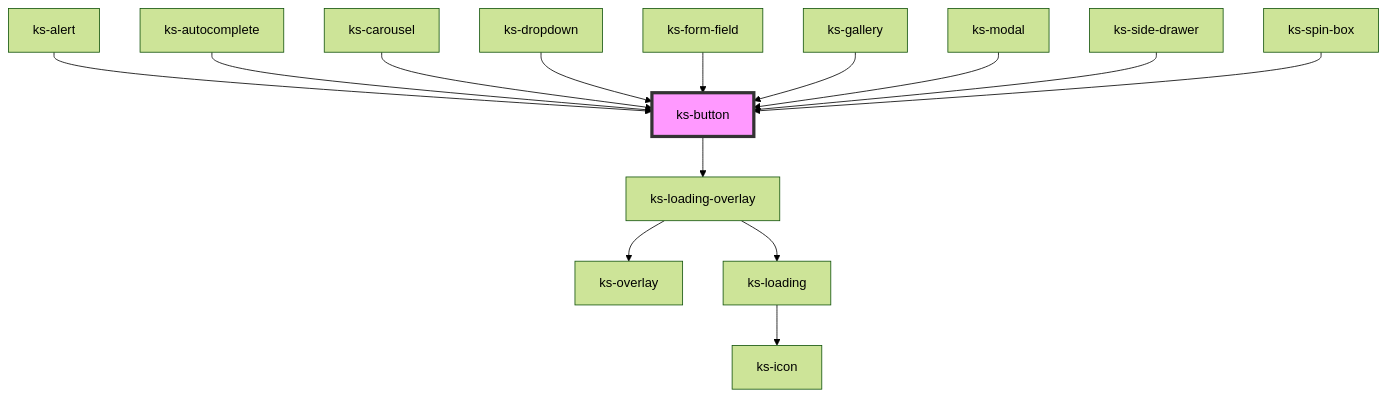
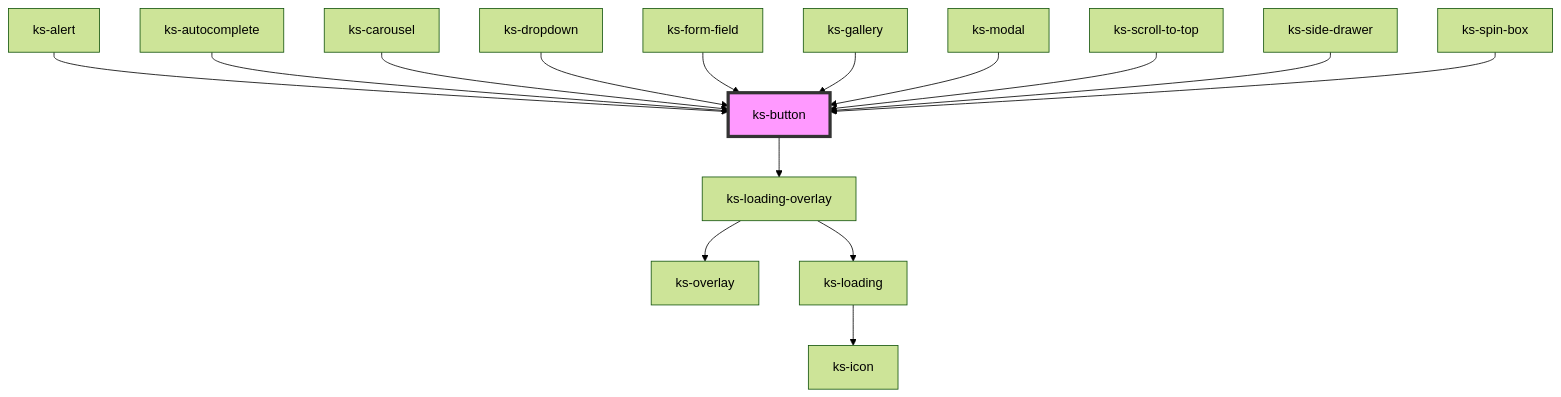
One commit to kickstand-ui/kickstand-ui changed the diagram in src/scripts/components/button/readme.md. Above: the diagram before and after it, drawn with Mermaid (forest theme). The commit also changed other lines of this file and 5 other files, not shown here.

Commit message:
add scroll-to-top component

````diff
--- a/src/scripts/components/button/readme.md
+++ b/src/scripts/components/button/readme.md
@@ -56,17 +57,18 @@
 ```mermaid
 graph TD;
   ks-button --> ks-loading-overlay
   ks-loading-overlay --> ks-overlay
   ks-loading-overlay --> ks-loading
   ks-loading --> ks-icon
   ks-alert --> ks-button
   ks-autocomplete --> ks-button
   ks-carousel --> ks-button
   ks-dropdown --> ks-button
   ks-form-field --> ks-button
   ks-gallery --> ks-button
   ks-modal --> ks-button
+  ks-scroll-to-top --> ks-button
   ks-side-drawer --> ks-button
   ks-spin-box --> ks-button
   style ks-button fill:#f9f,stroke:#333,stroke-width:4px
 ```
````
